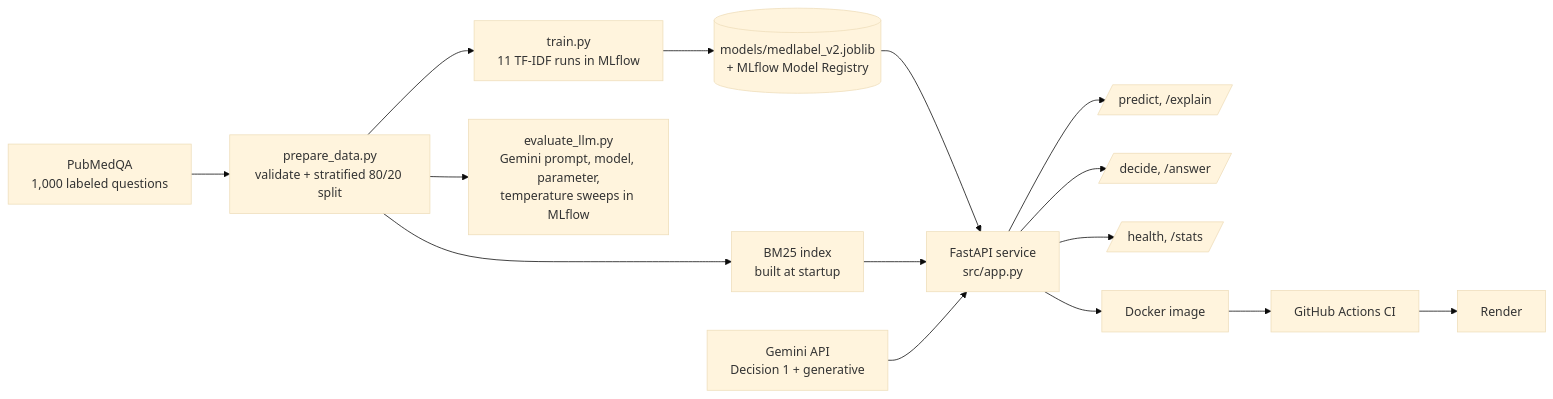
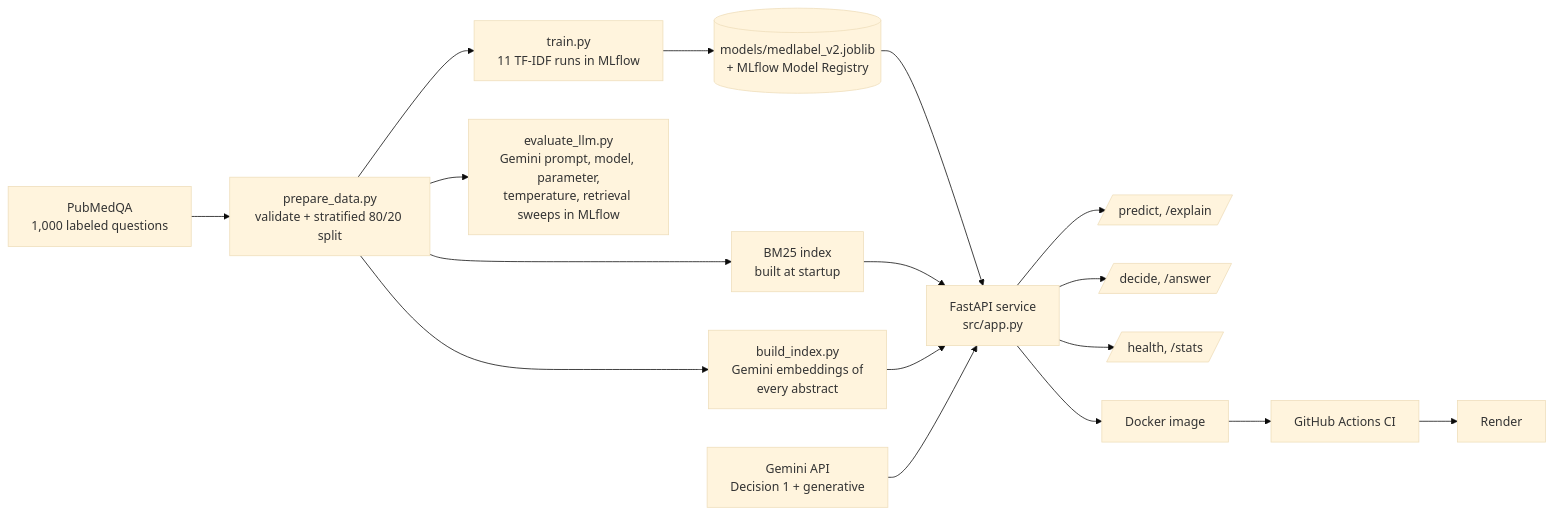
The diagram in README.md (FahadShah7/MedLabel), drawn with Mermaid (base theme) before and after one commit. The commit also changed other lines of this file and 1 other file, not shown here.

Commit message:
Document retrieval and final LLM evaluation results

````diff
--- a/README.md
+++ b/README.md
@@ -11,15 +11,17 @@
 ```mermaid
 flowchart LR
     A[PubMedQA<br/>1,000 labeled questions] --> B[prepare_data.py<br/>validate + stratified 80/20 split]
     B --> C[train.py<br/>11 TF-IDF runs in MLflow]
     C --> D[(models/medlabel_v2.joblib<br/>+ MLflow Model Registry)]
-    B --> L[evaluate_llm.py<br/>Gemini prompt, model, parameter,<br/>temperature sweeps in MLflow]
+    B --> L[evaluate_llm.py<br/>Gemini prompt, model, parameter,<br/>temperature, retrieval sweeps in MLflow]
     D --> E[FastAPI service<br/>src/app.py]
     B --> F[BM25 index<br/>built at startup]
+    B --> H[build_index.py<br/>Gemini embeddings of<br/>every abstract]
     F --> E
+    H --> E
     G[Gemini API<br/>Decision 1 + generative] --> E
     E --> P[/predict, /explain/]
     E --> Q[/decide, /answer/]
     E --> R[/health, /stats/]
     E --> S[Docker image] --> T[GitHub Actions CI] --> U[Render]
 ```
````
